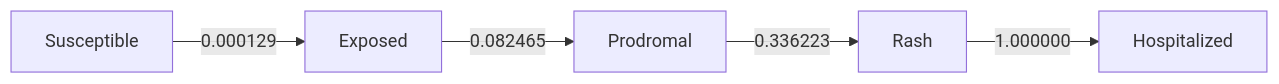
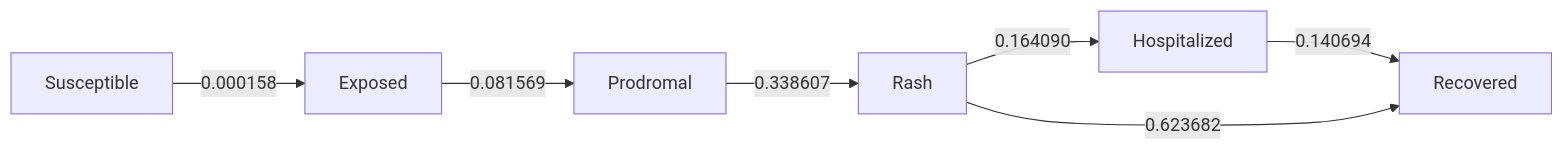
One commit to EpiForeSITE/epiworld-measles changed the diagram in school_quarantine/new_bridge_88.md. Above: the diagram before and after it, drawn with Mermaid. The commit also changed other lines of this file and 9 other files, not shown here.

````diff
--- a/school_quarantine/new_bridge_88.md
+++ b/school_quarantine/new_bridge_88.md
@@ -135,13 +135,16 @@
 ``` mermaid
 flowchart LR
     s0[Exposed]
     s1[Hospitalized]
     s2[Prodromal]
     s3[Rash]
-    s4[Susceptible]
-    s0 -->|0.082465| s2
-    s2 -->|0.336223| s3
-    s3 -->|1.000000| s1
-    s4 -->|0.000129| s0
+    s4[Recovered]
+    s5[Susceptible]
+    s0 -->|0.081569| s2
+    s1 -->|0.140694| s4
+    s2 -->|0.338607| s3
+    s3 -->|0.164090| s1
+    s3 -->|0.623682| s4
+    s5 -->|0.000158| s0
 
 ```
````
